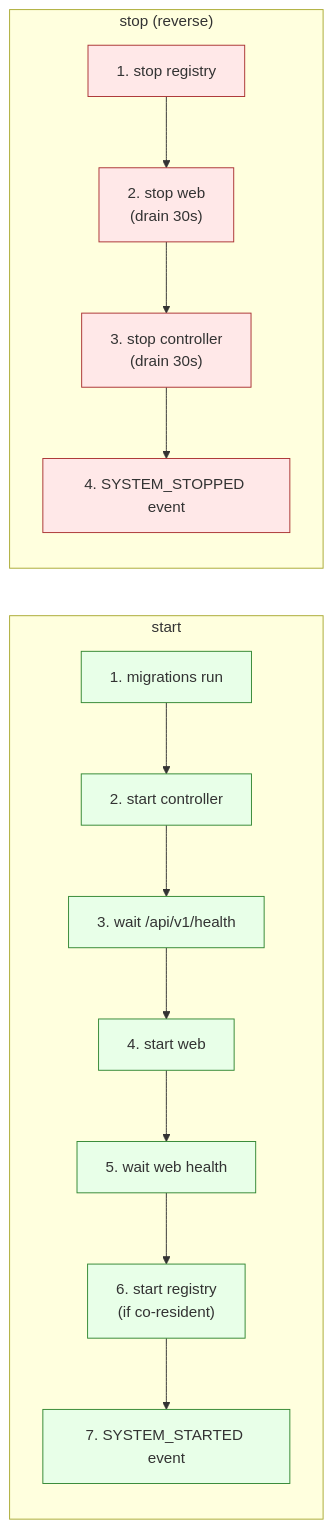
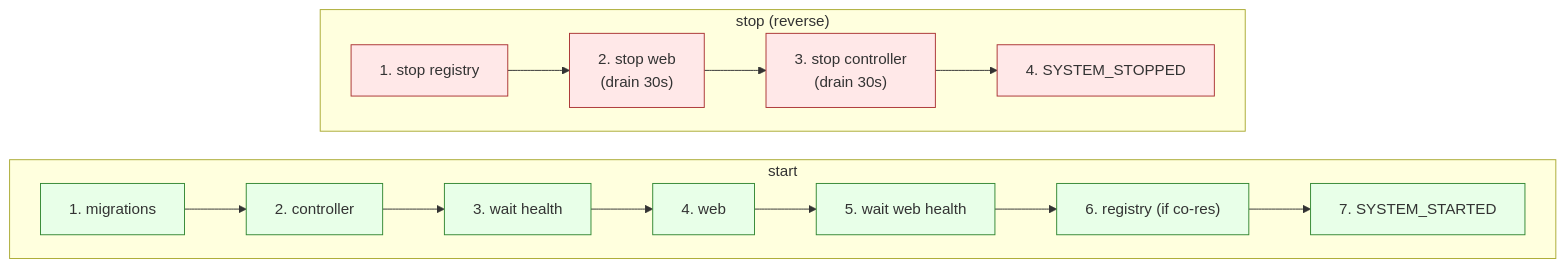
The diagram in docs/design/diagrams/SRD-0112/start-stop-ordering.mmd (nosqlbench/hyperplane-rs), drawn with Mermaid before and after one commit. The commit also changed 36 other files, not shown here.

Commit message:
diagram fixes

```diff
--- a/docs/design/diagrams/SRD-0112/start-stop-ordering.mmd
+++ b/docs/design/diagrams/SRD-0112/start-stop-ordering.mmd
@@ -1,26 +1,29 @@
 %% Copyright (c) Jonathan Shook
 %% SPDX-License-Identifier: Apache-2.0
+%%{init: {'flowchart': {'nodeSpacing': 30, 'rankSpacing': 40}}}%%
 flowchart LR
     subgraph Start ["start"]
-        S1["1. migrations run"]
-        S2["2. start controller"]
-        S3["3. wait /api/v1/health"]
-        S4["4. start web"]
+        direction LR
+        S1["1. migrations"]
+        S2["2. controller"]
+        S3["3. wait health"]
+        S4["4. web"]
         S5["5. wait web health"]
-        S6["6. start registry<br/>(if co-resident)"]
-        S7["7. SYSTEM_STARTED event"]
+        S6["6. registry (if co-res)"]
+        S7["7. SYSTEM_STARTED"]
         S1 --> S2 --> S3 --> S4 --> S5 --> S6 --> S7
     end
 
     subgraph Stop ["stop (reverse)"]
+        direction LR
         T1["1. stop registry"]
         T2["2. stop web<br/>(drain 30s)"]
         T3["3. stop controller<br/>(drain 30s)"]
-        T4["4. SYSTEM_STOPPED event"]
+        T4["4. SYSTEM_STOPPED"]
         T1 --> T2 --> T3 --> T4
     end
 
     classDef start fill:#e8ffe8,stroke:#338833
     classDef stop fill:#ffe8e8,stroke:#aa3333
     class S1,S2,S3,S4,S5,S6,S7 start
     class T1,T2,T3,T4 stop
```
